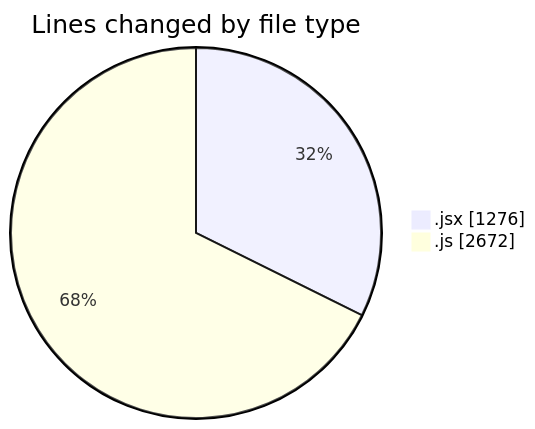
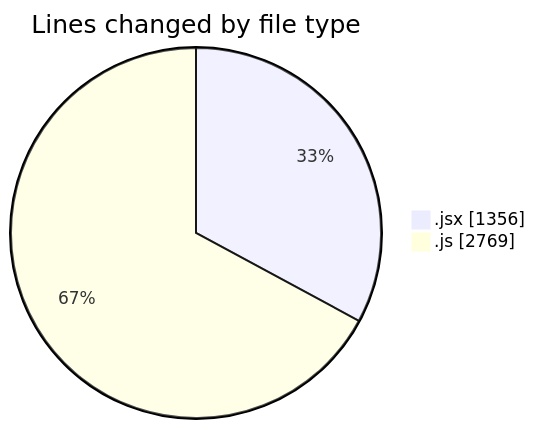
The first of 2 diagrams in 2025-07-25/nxtqube_webapp/README.md (nxtqubesakshisongat/code-tracking), drawn with Mermaid before and after one commit. The commit also changed other lines of this file and 1 other file, not shown here.

````diff
--- a/2025-07-25/nxtqube_webapp/README.md
+++ b/2025-07-25/nxtqube_webapp/README.md
@@ -33,6 +33,6 @@
 ```mermaid
 pie showData
 title Lines changed by file type
-".jsx" : 1276
-".js" : 2672
+".jsx" : 1356
+".js" : 2769
 ```
````
